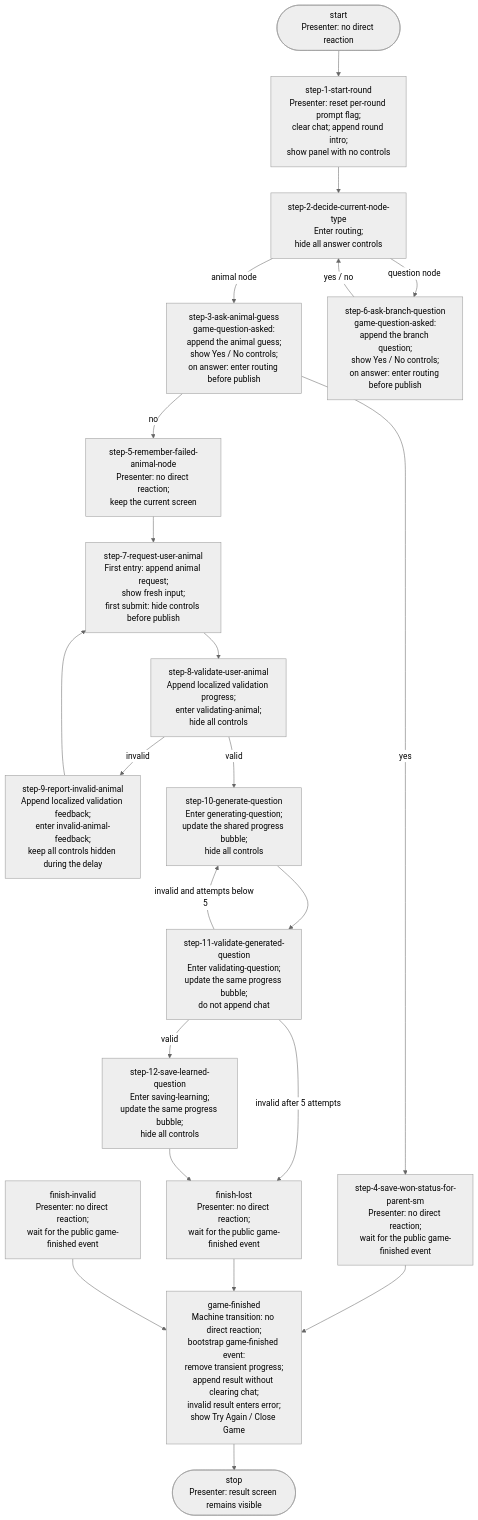
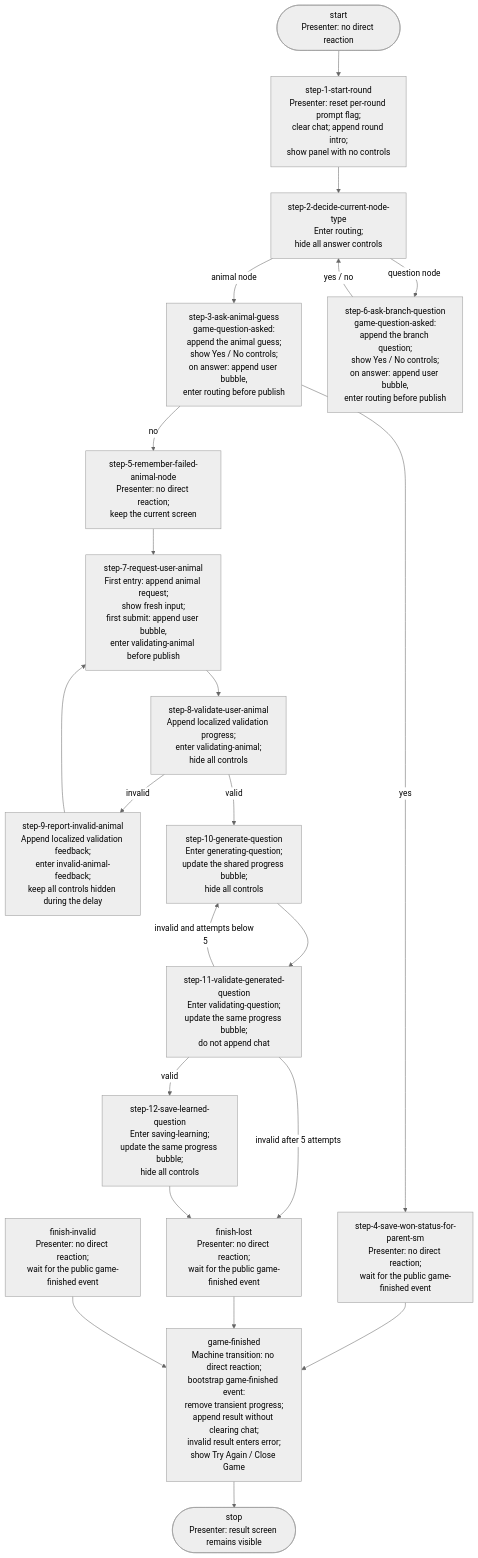
The diagram in presenter-game.md (rkorin/local-llm-browser), drawn with Mermaid (neutral theme) before and after one commit. The commit also changed other lines of this file and 12 other files, not shown here.

````diff
--- a/presenter-game.md
+++ b/presenter-game.md
@@ -11,29 +12,29 @@
 ```mermaid
 flowchart TD
     START(["start<br/>Presenter: no direct reaction"]) --> S1["step-1-start-round<br/>Presenter: reset per-round prompt flag;<br/>clear chat; append round intro;<br/>show panel with no controls"]
     S1 --> S2["step-2-decide-current-node-type<br/>Enter routing;<br/>hide all answer controls"]
 
-    S2 -- animal node --> S3["step-3-ask-animal-guess<br/>game-question-asked:<br/>append the animal guess;<br/>show Yes / No controls;<br/>on answer: enter routing before publish"]
-    S2 -- question node --> S6["step-6-ask-branch-question<br/>game-question-asked:<br/>append the branch question;<br/>show Yes / No controls;<br/>on answer: enter routing before publish"]
+    S2 -- animal node --> S3["step-3-ask-animal-guess<br/>game-question-asked:<br/>append the animal guess;<br/>show Yes / No controls;<br/>on answer: append user bubble,<br/>enter routing before publish"]
+    S2 -- question node --> S6["step-6-ask-branch-question<br/>game-question-asked:<br/>append the branch question;<br/>show Yes / No controls;<br/>on answer: append user bubble,<br/>enter routing before publish"]
     S6 -- yes / no --> S2
 
     S3 -- yes --> S4["step-4-save-won-status-for-parent-sm<br/>Presenter: no direct reaction;<br/>wait for the public game-finished event"]
     S4 --> END["game-finished<br/>Machine transition: no direct reaction;<br/>bootstrap game-finished event:<br/>remove transient progress;<br/>append result without clearing chat;<br/>invalid result enters error;<br/>show Try Again / Close Game"]
 
     S3 -- no --> S5["step-5-remember-failed-animal-node<br/>Presenter: no direct reaction;<br/>keep the current screen"]
-    S5 --> S7["step-7-request-user-animal<br/>First entry: append animal request;<br/>show fresh input;<br/>first submit: hide controls before publish"]
+    S5 --> S7["step-7-request-user-animal<br/>First entry: append animal request;<br/>show fresh input;<br/>first submit: append user bubble,<br/>enter validating-animal before publish"]
     S7 --> S8["step-8-validate-user-animal<br/>Append localized validation progress;<br/>enter validating-animal;<br/>hide all controls"]
     S8 -- invalid --> S9["step-9-report-invalid-animal<br/>Append localized validation feedback;<br/>enter invalid-animal-feedback;<br/>keep all controls hidden during the delay"]
     S9 --> S7
 
     S8 -- valid --> S10["step-10-generate-question<br/>Enter generating-question;<br/>update the shared progress bubble;<br/>hide all controls"]
     S10 --> S11["step-11-validate-generated-question<br/>Enter validating-question;<br/>update the same progress bubble;<br/>do not append chat"]
     S11 -- invalid and attempts below 5 --> S10
     S11 -- valid --> S12["step-12-save-learned-question<br/>Enter saving-learning;<br/>update the same progress bubble;<br/>hide all controls"]
     S11 -- invalid after 5 attempts --> LOST["finish-lost<br/>Presenter: no direct reaction;<br/>wait for the public game-finished event"]
     S12 --> LOST
     LOST --> END
 
     INVALID["finish-invalid<br/>Presenter: no direct reaction;<br/>wait for the public game-finished event"] --> END
     END --> STOP(["stop<br/>Presenter: result screen remains visible"])
 ```
````
